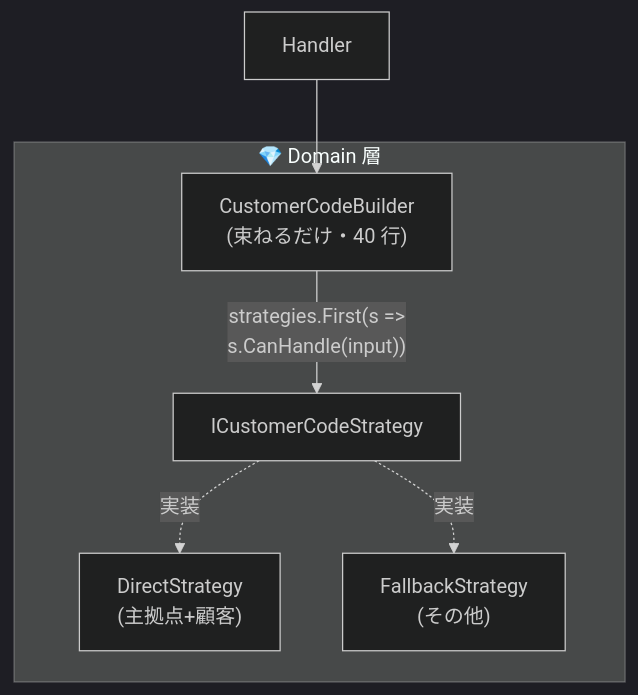
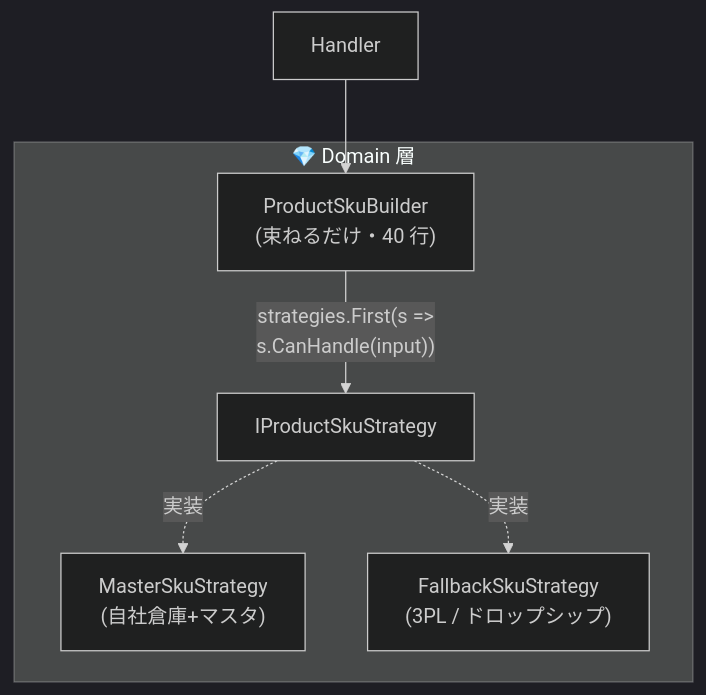
One commit to SakakitaniJunya/zenn-articles changed the third of 5 diagrams in books/clean-arch-book/08-domain-service-strategy.md. Above: the diagram before and after it, drawn with Mermaid (dark theme). The commit also changed other lines of this file and 1 other file, not shown here.

First line of the commit message:
docs(book): 第 8 章の題材を ProductSkuBuilder に書き換え (EC ドメイン統一)

````diff
--- a/books/clean-arch-book/08-domain-service-strategy.md
+++ b/books/clean-arch-book/08-domain-service-strategy.md
@@ -199,14 +206,14 @@
 ```mermaid
 flowchart TB
     H["Handler"] --> Builder
 
     subgraph Domain["💎 Domain 層"]
-        Builder["CustomerCodeBuilder<br/>(束ねるだけ・40 行)"]
-        IStrat["ICustomerCodeStrategy"]
-        S1["DirectStrategy<br/>(主拠点+顧客)"]
-        S2["FallbackStrategy<br/>(その他)"]
+        Builder["ProductSkuBuilder<br/>(束ねるだけ・40 行)"]
+        IStrat["IProductSkuStrategy"]
+        S1["MasterSkuStrategy<br/>(自社倉庫+マスタ)"]
+        S2["FallbackSkuStrategy<br/>(3PL / ドロップシップ)"]
         Builder -->|"strategies.First(s =><br/>s.CanHandle(input))"| IStrat
         IStrat -.実装.-> S1
         IStrat -.実装.-> S2
     end
 ```
````
